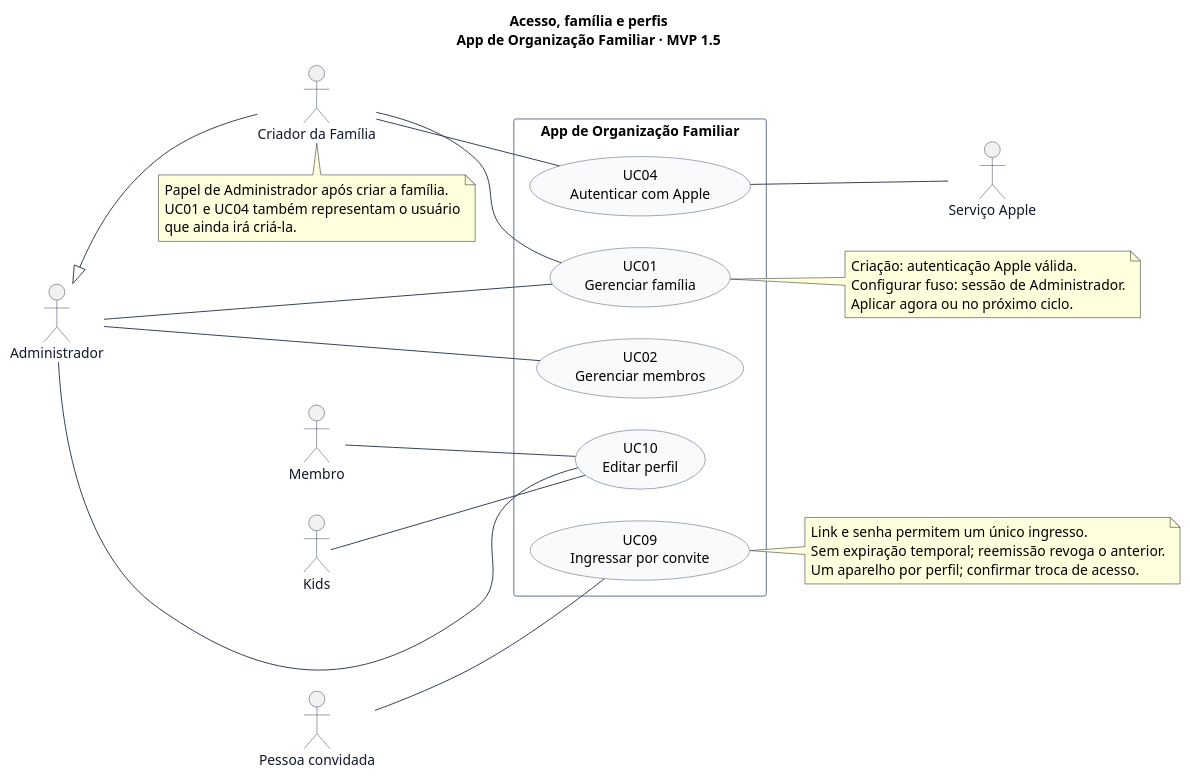
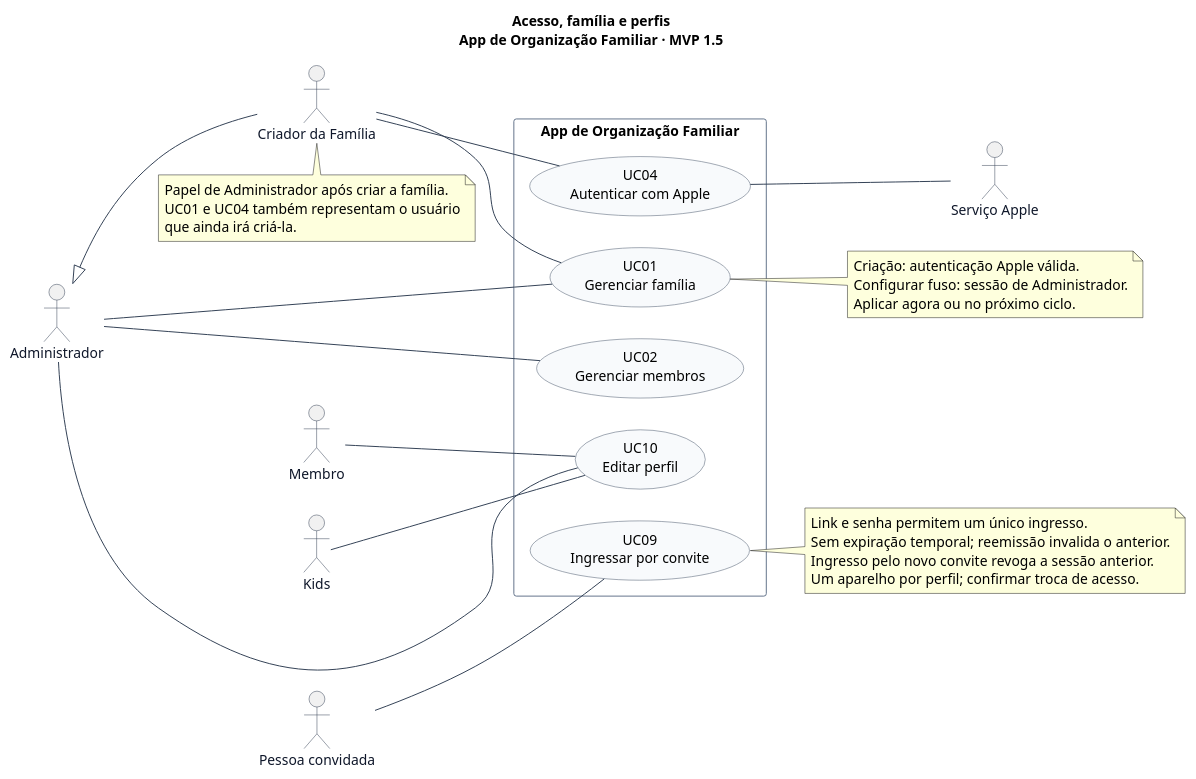
The diagram in docs/diagramas/casos-de-uso/02-acesso-familia-perfis.puml (lizandramalta/App-Rotina-Familiar), drawn with PlantUML before and after one commit. The commit also changed 38 other files, not shown here.

```diff
--- a/docs/diagramas/casos-de-uso/02-acesso-familia-perfis.puml
+++ b/docs/diagramas/casos-de-uso/02-acesso-familia-perfis.puml
@@ -1,60 +1,61 @@
 @startuml
 ' Fonte editável. Renderização: java -jar plantuml.jar -charset UTF-8 -tsvg *.puml
 left to right direction
 skinparam shadowing false
 skinparam backgroundColor white
 skinparam defaultFontName SansSerif
 skinparam defaultFontSize 14
 skinparam ArrowColor #334155
 skinparam actorBorderColor #334155
 skinparam actorFontColor #0F172A
 skinparam usecaseBackgroundColor #F8FAFC
 skinparam usecaseBorderColor #475569
 skinparam rectangleBorderColor #64748B
 skinparam packageStyle rectangle
 skinparam nodesep 32
 skinparam ranksep 55
 title Acesso, família e perfis\nApp de Organização Familiar · MVP 1.5
 
 actor "Administrador" as Admin
 actor "Membro" as Membro
 actor "Kids" as Kids
 actor "Criador da Família" as Criador
 actor "Pessoa convidada" as Convidado
 actor "Serviço Apple" as Apple
 
 rectangle "App de Organização Familiar" {
   usecase "UC01\nGerenciar família" as UC01
   usecase "UC02\nGerenciar membros" as UC02
   usecase "UC04\nAutenticar com Apple" as UC04
   usecase "UC09\nIngressar por convite" as UC09
   usecase "UC10\nEditar perfil" as UC10
 }
 
 Admin -- UC01
 Admin -- UC02
 Admin -- UC10
 Membro -- UC10
 Kids -- UC10
 Criador -- UC01
 Criador -- UC04
 Convidado -- UC09
 UC04 -- Apple
 Criador -up-|> Admin
 note bottom of Criador
   Papel de Administrador após criar a família.
   UC01 e UC04 também representam o usuário
   que ainda irá criá-la.
 end note
 note right of UC01
   Criação: autenticação Apple válida.
   Configurar fuso: sessão de Administrador.
   Aplicar agora ou no próximo ciclo.
 end note
 note right of UC09
   Link e senha permitem um único ingresso.
-  Sem expiração temporal; reemissão revoga o anterior.
+  Sem expiração temporal; reemissão invalida o anterior.
+  Ingresso pelo novo convite revoga a sessão anterior.
   Um aparelho por perfil; confirmar troca de acesso.
 end note
 
 @enduml
```
